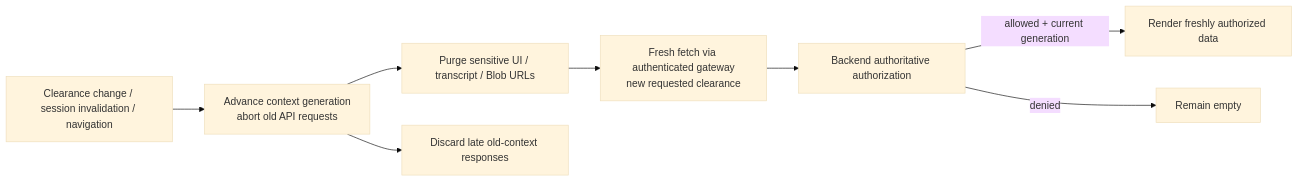
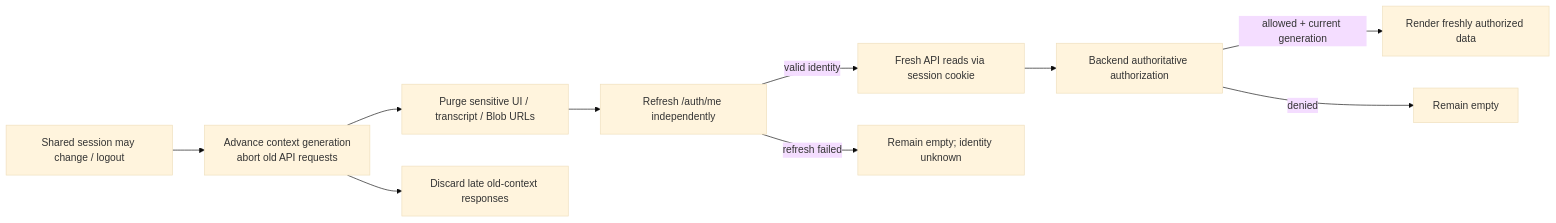
The sixth of 22 diagrams in docs/architecture/overview.md (aboerzel/industrial-ai-agent), drawn with Mermaid (base theme) before and after one commit. The commit also changed other lines of this file and 2 other files, not shown here.

First line of the commit message:
docs(auth): align current architecture and browser test documentation

````diff
--- a/docs/architecture/overview.md
+++ b/docs/architecture/overview.md
@@ -511,10 +531,12 @@
 ```mermaid
 flowchart LR
-    Change["Clearance change / session invalidation / navigation"] --> Cancel["Advance context generation<br/>abort old API requests"]
+    Change["Shared session may change / logout"] --> Cancel["Advance context generation<br/>abort old API requests"]
     Cancel --> Purge["Purge sensitive UI / transcript / Blob URLs"]
-    Purge --> Fetch["Fresh fetch via authenticated gateway<br/>new requested clearance"]
+    Purge --> Identity["Refresh /auth/me independently"]
+    Identity -->|"valid identity"| Fetch["Fresh API reads via session cookie"]
+    Identity -->|"refresh failed"| Unknown["Remain empty; identity unknown"]
     Fetch --> Authorize["Backend authoritative authorization"]
     Authorize -->|"allowed + current generation"| Render["Render freshly authorized data"]
     Authorize -->|"denied"| Empty["Remain empty"]
     Cancel --> Late["Discard late old-context responses"]
 ```
````
